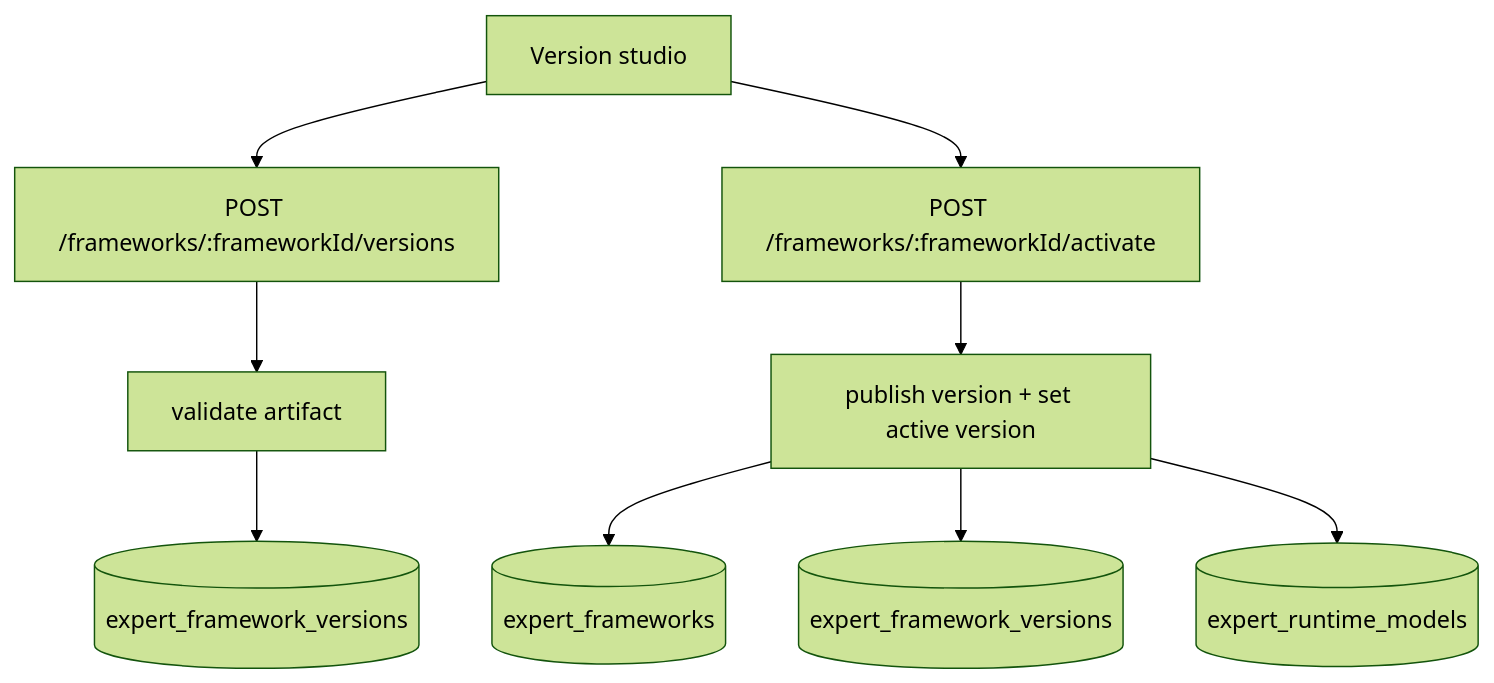
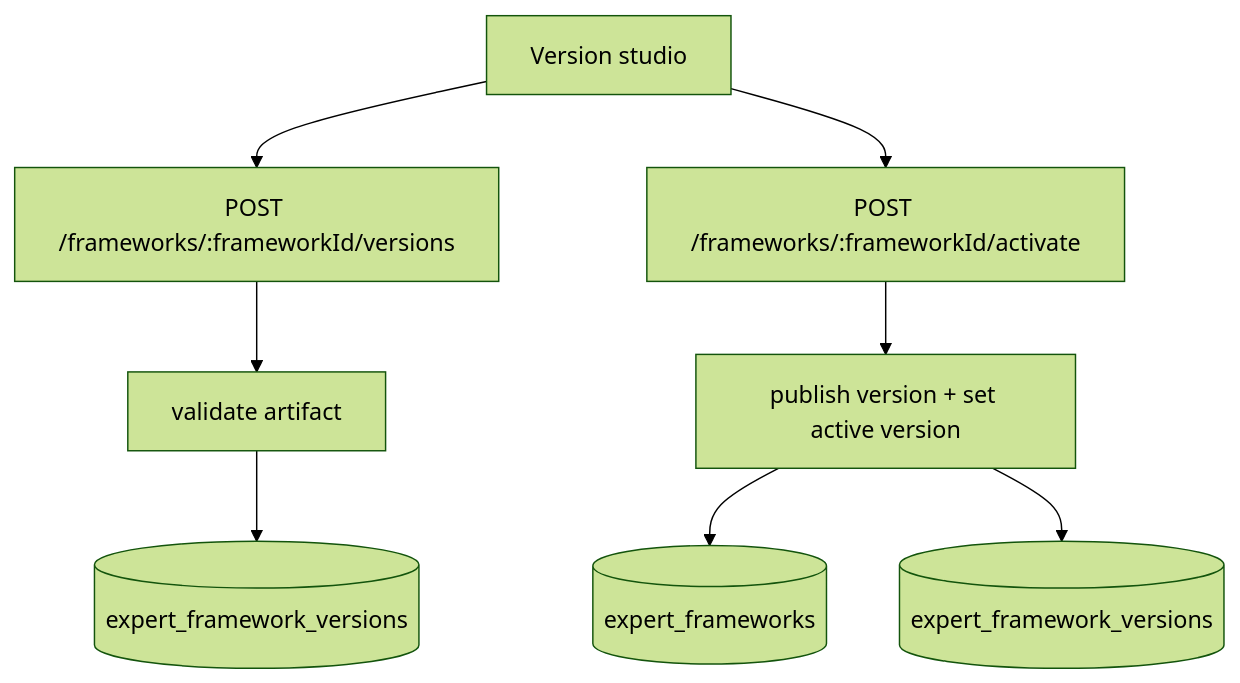
Before and after one commit to convy-so/convy: diagram 16 of 19 in docs/teacher-expert-execution-paths.md, drawn with Mermaid (forest theme). The commit also changed other lines of this file and 46 other files, not shown here.

````diff
--- a/docs/teacher-expert-execution-paths.md
+++ b/docs/teacher-expert-execution-paths.md
@@ -585,11 +584,10 @@
 ```mermaid
 flowchart TD
   A[Version studio] --> B[POST /frameworks/:frameworkId/versions]
   B --> C[validate artifact]
   C --> D[(expert_framework_versions)]
   A --> E[POST /frameworks/:frameworkId/activate]
   E --> F[publish version + set active version]
   F --> G[(expert_frameworks)]
   F --> H[(expert_framework_versions)]
-  F --> I[(expert_runtime_models)]
 ```
````
